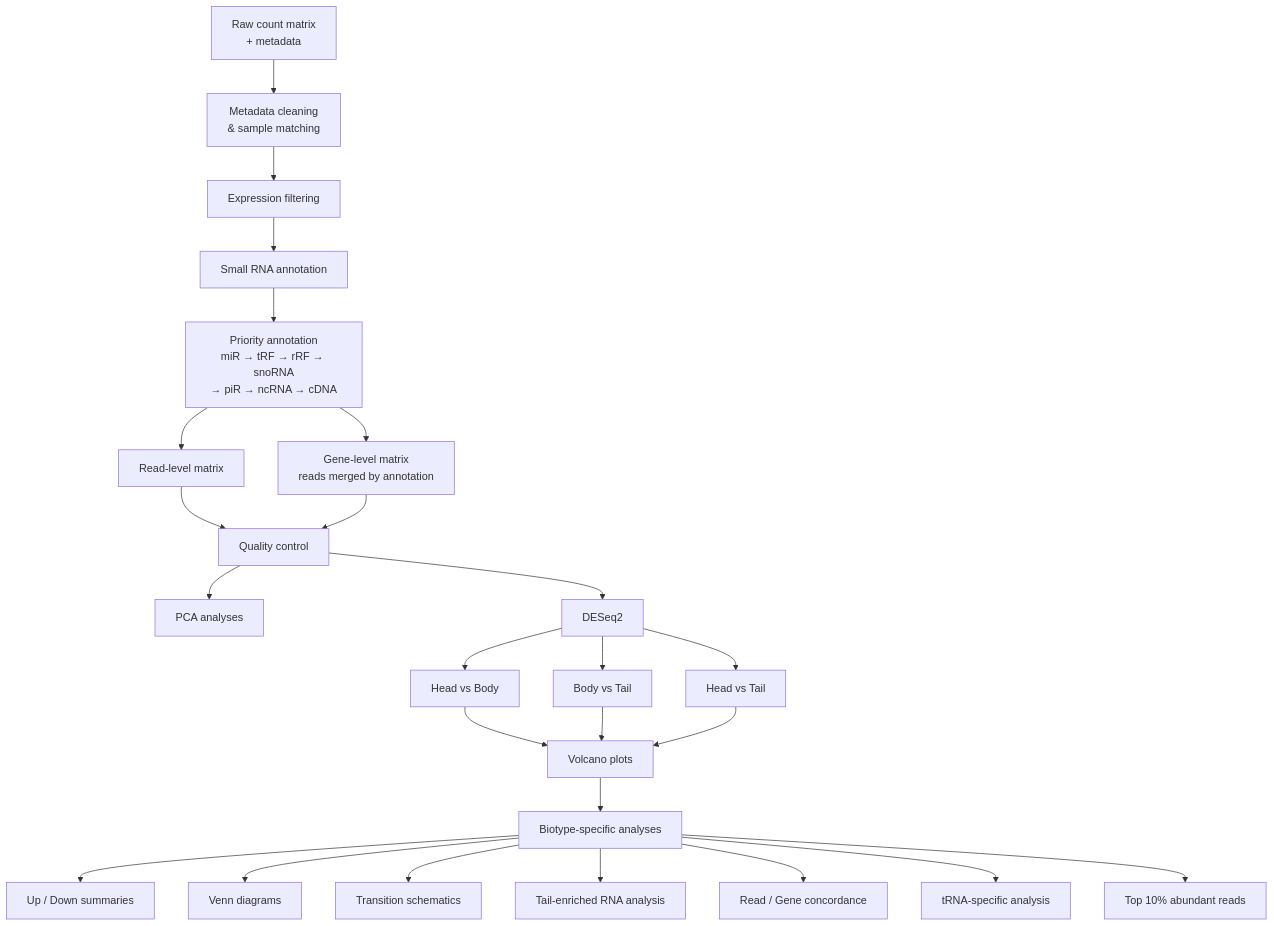
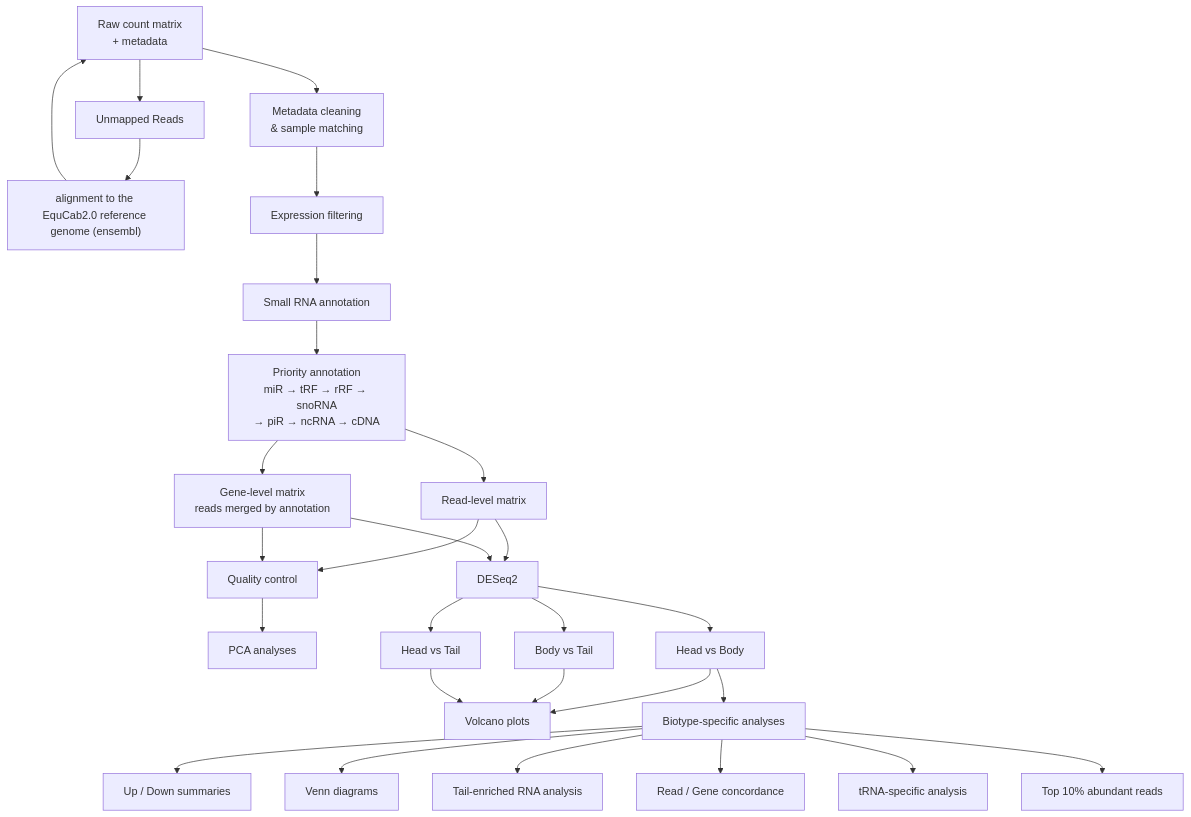
Before and after one commit to YounsElmny/smallRNA-pipeline: the diagram in README.md, drawn with Mermaid. The commit also changed other lines of this file, not shown here.

Commit message:
Revise README for clarity and update input file name
Updated the README to clarify the workflow description and adjusted the flowchart structure. Changed the expected input file name from 'table_with_v1_biotypes_filled.tsv' to 'Count_matrix.tsv'.

````diff
--- a/README.md
+++ b/README.md
@@ -31,35 +31,40 @@
 ```mermaid
 flowchart TD
     A["Raw count matrix<br/>+ metadata"] --> B["Metadata cleaning<br/>& sample matching"]
+    A --> uReads["Unmapped Reads"]
+
+    uReads --> mapping["alignment to the EquCab2.0 reference genome (ensembl)"]
+    mapping --> A
 
     B --> C["Expression filtering"]
     C --> D["Small RNA annotation"]
 
     D --> E["Priority annotation<br/>miR → tRF → rRF → snoRNA<br/>→ piR → ncRNA → cDNA"]
 
     E --> F["Read-level matrix"]
     E --> G["Gene-level matrix<br/>reads merged by annotation"]
 
     F --> H["Quality control"]
+    F --> J["DESeq2"]
+    G --> J
     G --> H
 
+
     H --> I["PCA analyses"]
-    H --> J["DESeq2"]
 
     J --> K["Head vs Body"]
     J --> L["Body vs Tail"]
     J --> M["Head vs Tail"]
 
     K --> N["Volcano plots"]
     L --> N
     M --> N
 
-    N --> O["Biotype-specific analyses"]
+    K --> O["Biotype-specific analyses"]
     O --> P["Up / Down summaries"]
     O --> Q["Venn diagrams"]
-    O --> R["Transition schematics"]
     O --> S["Tail-enriched RNA analysis"]
     O --> T["Read / Gene concordance"]
     O --> U["tRNA-specific analysis"]
     O --> V["Top 10% abundant reads"]
 ```
````
